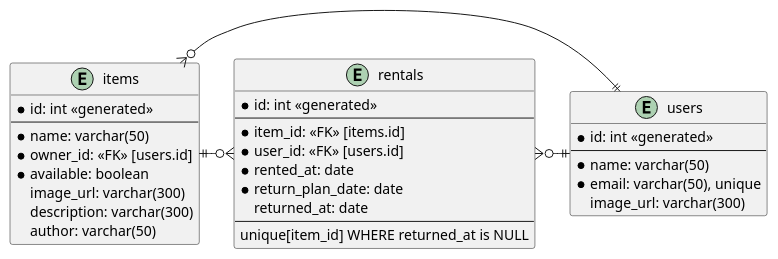
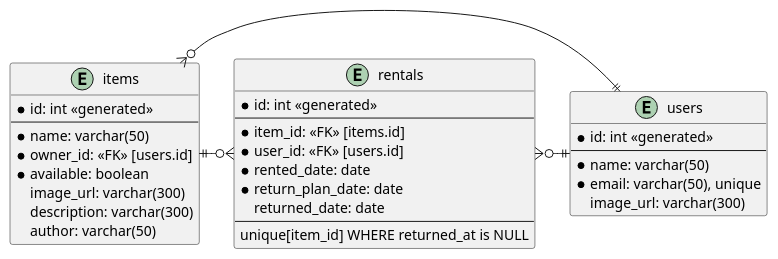
One commit to naoyuki1115/chan-kari changed the diagram in docs/er_diagram/er_diagram.pu. Above: the diagram before and after it, drawn with PlantUML. The commit also changed 2 other files, not shown here.

```diff
--- a/docs/er_diagram/er_diagram.pu
+++ b/docs/er_diagram/er_diagram.pu
@@ -1,36 +1,36 @@
 @startuml
 entity "users" {
   * id: int <<generated>>
   --
   * name: varchar(50)
   * email: varchar(50), unique
     image_url: varchar(300)
 }
 
 entity "items" {
   *id: int <<generated>>
   --
   * name: varchar(50)
   * owner_id: <<FK>> [users.id]
   * available: boolean
     image_url: varchar(300)
     description: varchar(300)
     author: varchar(50)
 }
 
 entity "rentals" {
   * id: int <<generated>>
   --
   * item_id: <<FK>> [items.id]
   * user_id: <<FK>> [users.id]
-  * rented_at: date
+  * rented_date: date
   * return_plan_date: date
-  returned_at: date
+  returned_date: date
   --
   unique[item_id] WHERE returned_at is NULL
 }
 
 users ||-l-o{ rentals
 items ||-r-o{ rentals
 users ||-l-o{ items
 @enduml
```
